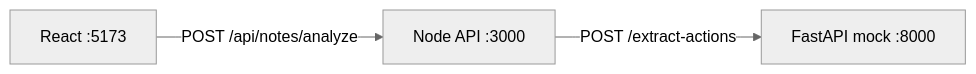
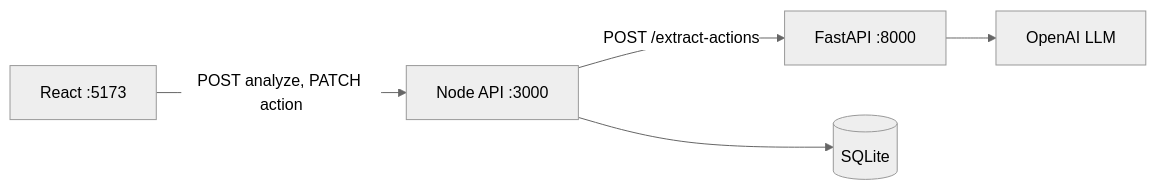
Before and after one commit to kerenschoss369/clinical-follow-up-detector: the diagram in README.md, drawn with Mermaid (neutral theme). The commit also changed other lines of this file and 7 other files, not shown here.

````diff
--- a/README.md
+++ b/README.md
@@ -32,8 +32,12 @@
 ```mermaid
 flowchart LR
   reactWeb["React :5173"]
   nodeApi["Node API :3000"]
-  fastApiMock["FastAPI mock :8000"]
-  reactWeb -->|"POST /api/notes/analyze"| nodeApi
-  nodeApi -->|"POST /extract-actions"| fastApiMock
+  fastApi["FastAPI :8000"]
+  llm["OpenAI LLM"]
+  sqlite[(SQLite)]
+  reactWeb -->|"POST analyze, PATCH action"| nodeApi
+  nodeApi -->|"POST /extract-actions"| fastApi
+  fastApi --> llm
+  nodeApi --> sqlite
 ```
````
